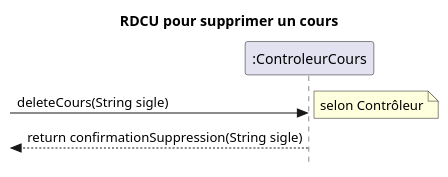
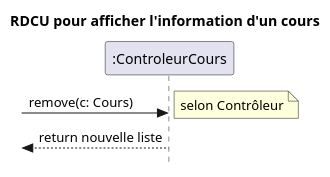
Before and after one commit to IshakMegatli1/MoodleCopy: the diagram in docs/modeles/RDCU-CU01c1.puml, drawn with PlantUML. The commit also changed 17 other files, not shown here.

```diff
--- a/docs/modeles/RDCU-CU01c1.puml
+++ b/docs/modeles/RDCU-CU01c1.puml
@@ -1,10 +1,10 @@
 @startuml
 skinparam style strictuml
 skinparam defaultfontname Verdana
-title RDCU pour supprimer un cours
+title RDCU pour afficher l'information d'un cours
 participant ":ControleurCours" as c
-->c : deleteCours(String sigle)
-note right : selon Contrôleur
-<--c : return confirmationSuppression(String sigle)
+    ->c : remove(c: Cours)
+    note right : selon Contrôleur
+    <--c : return nouvelle liste
 
 @enduml
```
